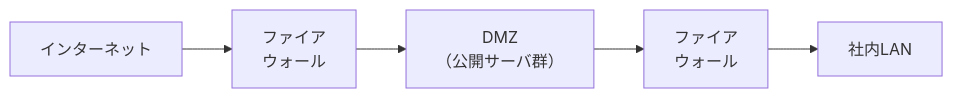
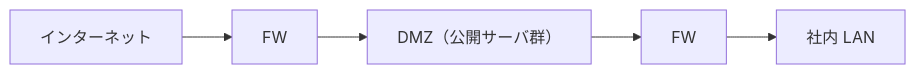
The diagram in topics/06_systems-security/04_infrastructure-security.md (SomaTomita/sec-prep), drawn with Mermaid before and after one commit. The commit also changed other lines of this file and 7 other files, not shown here.

````diff
--- a/topics/06_systems-security/04_infrastructure-security.md
+++ b/topics/06_systems-security/04_infrastructure-security.md
@@ -74,7 +66,7 @@
 ```mermaid
 flowchart LR
-    NET["インターネット"] --> FW1["ファイア<br>ウォール"]
-    FW1 --> DMZ["DMZ<br>（公開サーバ群）"]
-    DMZ --> FW2["ファイア<br>ウォール"]
-    FW2 --> LAN["社内LAN"]
+    NET["インターネット"] --> FW1["FW"]
+    FW1 --> DMZ["DMZ（公開サーバ群）"]
+    DMZ --> FW2["FW"]
+    FW2 --> LAN["社内 LAN"]
 ```
````
